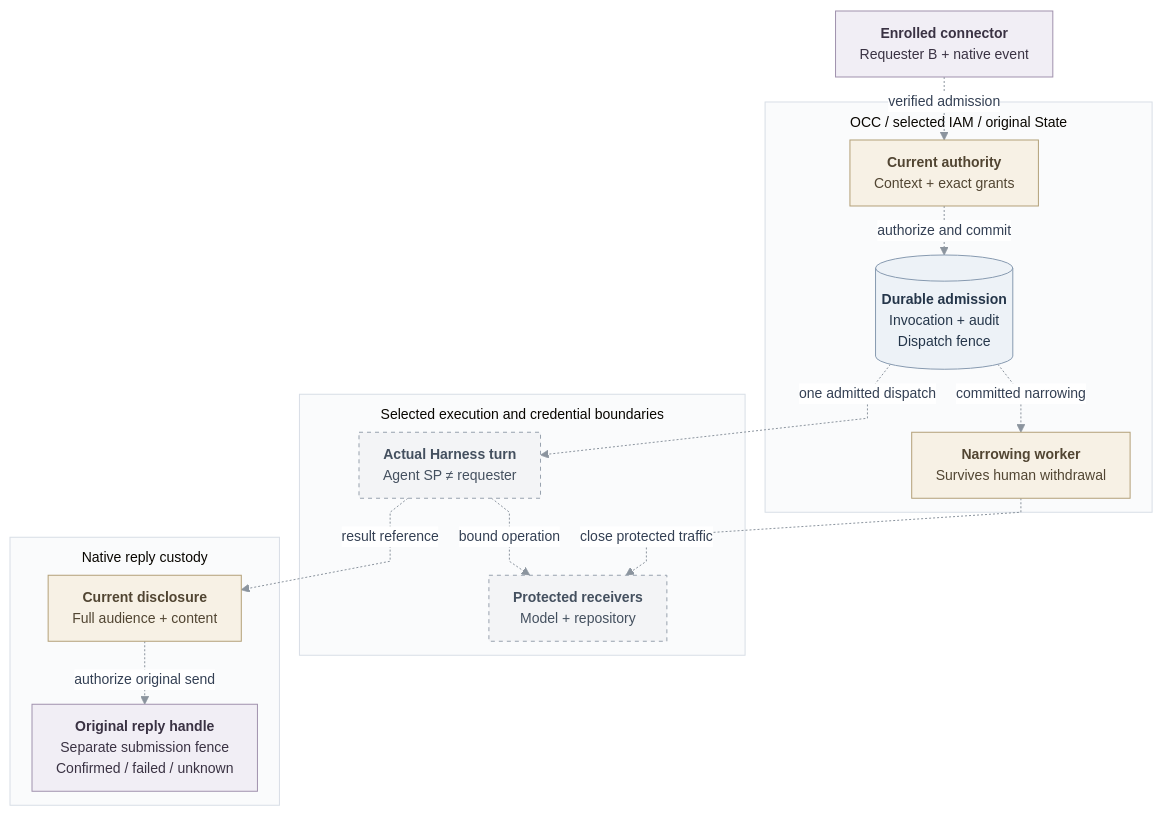
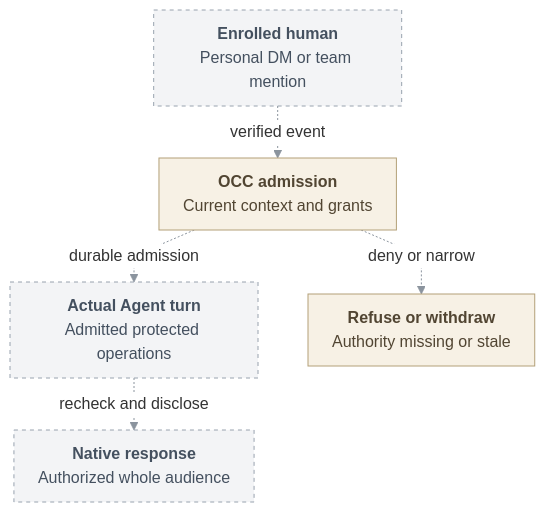
The diagram in specs/31-basic-rbac.md (IsaiahStapleton/openclaw-enterprise), drawn with Mermaid before and after one commit. The commit also changed other lines of this file and 7 other files, not shown here.

````diff
--- a/specs/31-basic-rbac.md
+++ b/specs/31-basic-rbac.md
@@ -54,57 +26,30 @@
 ```mermaid
 ---
 config:
   theme: base
   htmlLabels: true
   themeVariables:
-    fontSize: 14px
-    primaryTextColor: "#344054"
+    fontSize: 16px
     lineColor: "#8B949E"
     edgeLabelBackground: "#FFFFFF"
-    clusterBkg: "#FAFBFC"
-    clusterBorder: "#D8DEE6"
   flowchart:
     curve: linear
-    nodeSpacing: 24
     rankSpacing: 28
     padding: 12
-    subGraphTitleMargin:
-      top: 10
-      bottom: 14
 ---
 flowchart TB
-  Native["<b>Enrolled connector</b><br/>Requester B + native event"]
-  subgraph Admission["OCC / selected IAM / original State"]
-    Gate["<b>Current authority</b><br/>Context + exact grants"]
-    State[("<b>Durable admission</b><br/>Invocation + audit<br/>Dispatch fence")]
-    Withdrawal["<b>Narrowing worker</b><br/>Survives human withdrawal"]
-  end
-  subgraph Execution["Selected execution and credential boundaries"]
-    Harness["<b>Actual Harness turn</b><br/>Agent SP ≠ requester"]
-    Receiver["<b>Protected receivers</b><br/>Model + repository"]
-  end
-  subgraph Delivery["Native reply custody"]
-    Content["<b>Current disclosure</b><br/>Full audience + content"]
-    Reply["<b>Original reply handle</b><br/>Separate submission fence<br/>Confirmed / failed / unknown"]
-  end
-  Native -.->|verified admission| Gate
-  Gate -.->|authorize and commit| State
-  State -.->|one admitted dispatch| Harness
-  Harness -.->|bound operation| Receiver
-  State -.->|committed narrowing| Withdrawal
-  Withdrawal -.->|close protected traffic| Receiver
-  Harness -.->|result reference| Content
-  Content -.->|authorize original send| Reply
-  classDef state fill:#EDF2F7,stroke:#879AB0,color:#25364A,stroke-width:1px
-  classDef external fill:#F1EEF5,stroke:#A091AD,color:#3A3243,stroke-width:1px
+  Human["<b>Enrolled human</b><br/>Personal DM or team mention"]
+  Gate["<b>OCC admission</b><br/>Current context and grants"]
+  Turn["<b>Actual Agent turn</b><br/>Admitted protected operations"]
+  Reply["<b>Native response</b><br/>Authorized whole audience"]
+  Refuse["<b>Refuse or withdraw</b><br/>Authority missing or stale"]
+  Human -.->|verified event| Gate
+  Gate -.->|durable admission| Turn
+  Turn -.->|recheck and disclose| Reply
+  Gate -.->|deny or narrow| Refuse
+  classDef pending fill:#F3F4F6,stroke:#98A2AE,color:#44505F,stroke-width:1px,stroke-dasharray:4 4
   classDef gate fill:#F7F1E5,stroke:#B3A078,color:#514532,stroke-width:1px
-  classDef pending fill:#F3F4F6,stroke:#98A2AE,color:#44505F,stroke-width:1px,stroke-dasharray:4 4
-  class State state
-  class Native,Reply external
-  class Gate,Withdrawal,Content gate
-  class Harness,Receiver pending
-  style Admission fill:#FAFBFC,stroke:#D8DEE6,stroke-width:1px
-  style Execution fill:#FAFBFC,stroke:#D8DEE6,stroke-width:1px
-  style Delivery fill:#FAFBFC,stroke:#D8DEE6,stroke-width:1px
+  class Human,Turn,Reply pending
+  class Gate,Refuse gate
   linkStyle default stroke:#8B949E,stroke-width:1px
 ```
````
